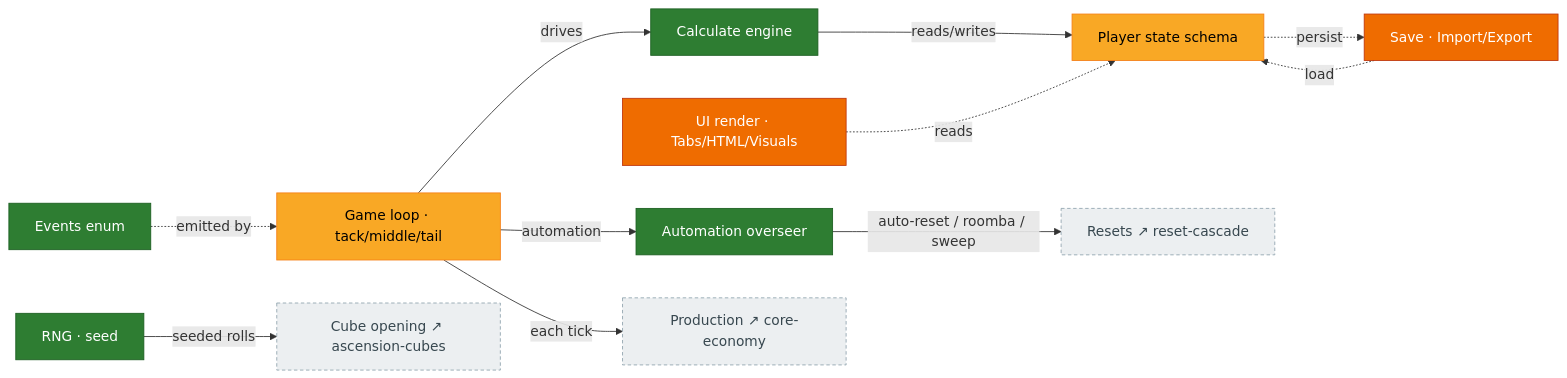
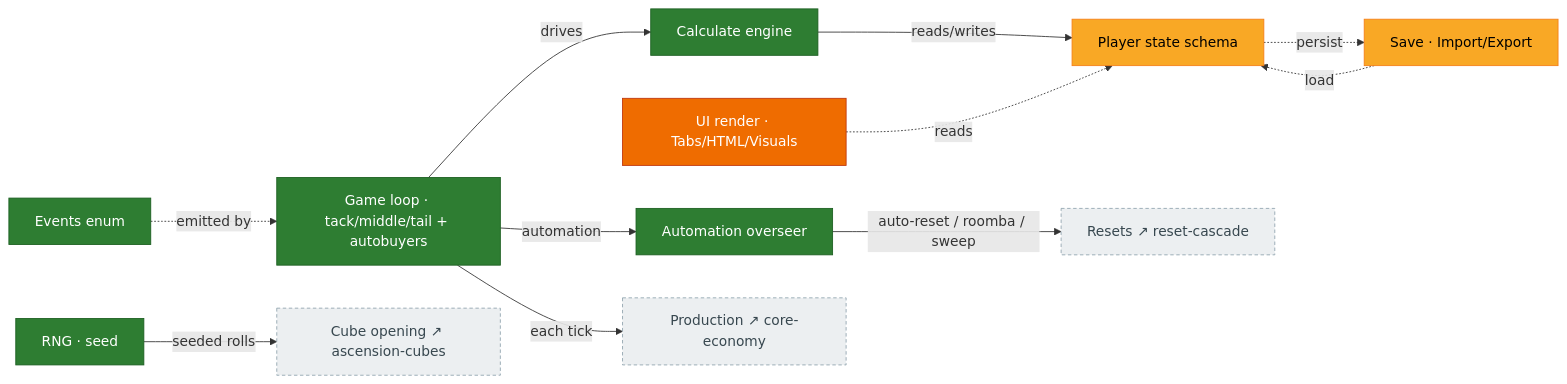
Before and after one commit to MaddisonM79/synergism_forkd: the diagram in docs/systems/infrastructure.md, drawn with Mermaid. The commit also changed other lines of this file, not shown here.

First line of the commit message:
docs(systems): mark infrastructure autobuyers + save-load progress

````diff
--- a/docs/systems/infrastructure.md
+++ b/docs/systems/infrastructure.md
@@ -11,31 +11,31 @@
 ```mermaid
 flowchart LR
   classDef ported fill:#2e7d32,color:#fff,stroke:#1b5e20;
   classDef partial fill:#f9a825,color:#000,stroke:#f57f17;
   classDef stub fill:#ef6c00,color:#fff,stroke:#bf360c;
   classDef ext fill:#eceff1,color:#37474f,stroke:#90a4ae,stroke-dasharray:4 3;
 
-  gameLoop["Game loop · tack/middle/tail"]:::partial
+  gameLoop["Game loop · tack/middle/tail + autobuyers"]:::ported
   calcEng["Calculate engine"]:::ported
   stateSchema["Player state schema"]:::partial
   events["Events enum"]:::ported
-  save["Save · Import/Export"]:::stub
+  save["Save · Import/Export"]:::partial
   uiRender["UI render · Tabs/HTML/Visuals"]:::stub
   autoOverseer["Automation overseer"]:::ported
   rng["RNG · seed"]:::ported
 
   prod["Production ↗ core-economy"]:::ext
   resets["Resets ↗ reset-cascade"]:::ext
   cubeOpen["Cube opening ↗ ascension-cubes"]:::ext
 
   gameLoop -->|"drives"| calcEng
   gameLoop -->|"each tick"| prod
   calcEng -->|"reads/writes"| stateSchema
   events -.->|"emitted by"| gameLoop
   stateSchema -.->|"persist"| save
   save -.->|"load"| stateSchema
   uiRender -.->|"reads"| stateSchema
   rng -->|"seeded rolls"| cubeOpen
   gameLoop -->|"automation"| autoOverseer
   autoOverseer -->|"auto-reset / roomba / sweep"| resets
 ```
````
